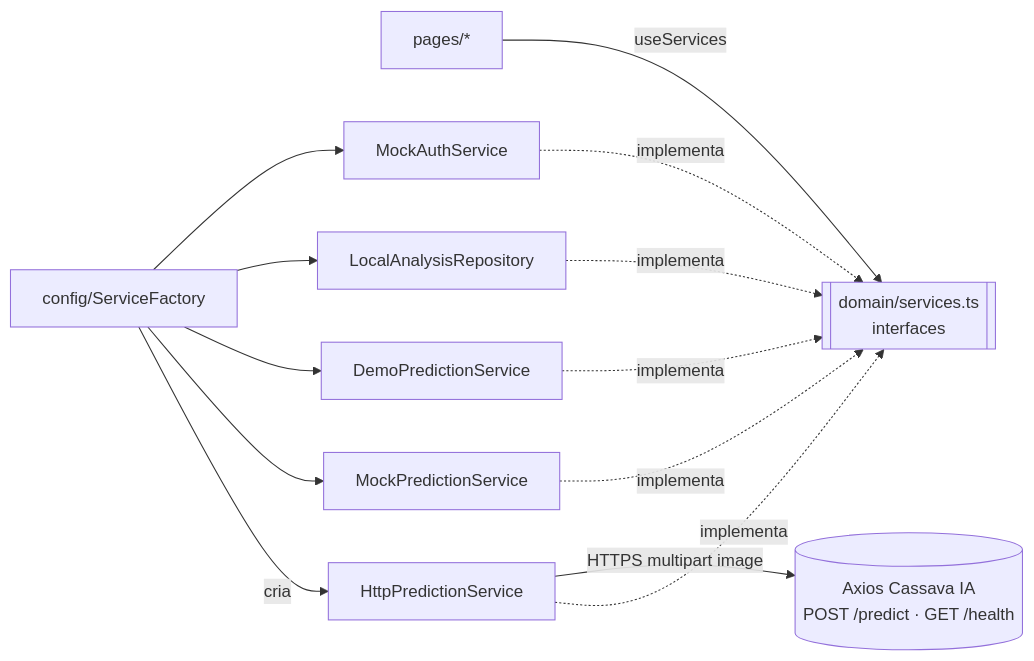
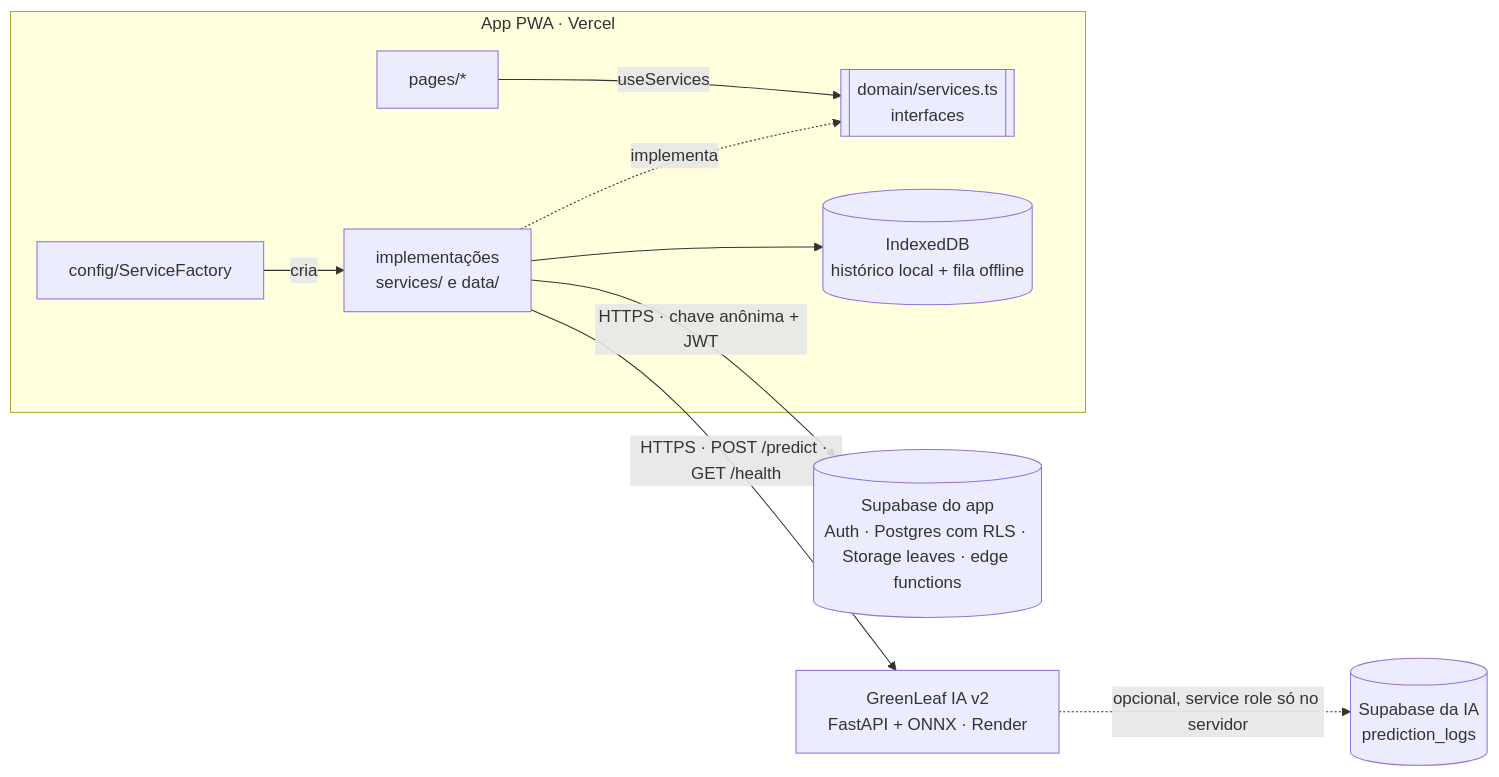
One commit to Yajoojj/Greenleaf-Mobile changed the diagram in README.md. Above: the diagram before and after it, drawn with Mermaid. The commit also changed other lines of this file and 3 other files, not shown here.

Commit message:
docs: back-end Supabase, segurança, decisões D-20 a D-32 e diagrama de banco final

````diff
--- a/README.md
+++ b/README.md
@@ -112,15 +117,13 @@
 ```mermaid
 flowchart LR
-  P[pages/*] -->|useServices| I[[domain/services.ts<br/>interfaces]]
-  F[config/ServiceFactory] -->|cria| H[HttpPredictionService]
-  F --> M[MockPredictionService]
-  F --> D[DemoPredictionService]
-  F --> R[LocalAnalysisRepository]
-  F --> A[MockAuthService]
-  H -. implementa .-> I
-  M -. implementa .-> I
-  D -. implementa .-> I
-  R -. implementa .-> I
-  A -. implementa .-> I
-  H -->|HTTPS multipart image| API[(Axios Cassava IA<br/>POST /predict · GET /health)]
+  subgraph PWA[App PWA · Vercel]
+    P[pages/*] -->|useServices| I[[domain/services.ts<br/>interfaces]]
+    F[config/ServiceFactory] -->|cria| IMPL[implementações<br/>services/ e data/]
+    IMPL -. implementa .-> I
+    IDB[(IndexedDB<br/>histórico local + fila offline)]
+  end
+  IMPL -->|HTTPS · POST /predict · GET /health| IA[GreenLeaf IA v2<br/>FastAPI + ONNX · Render]
+  IMPL -->|HTTPS · chave anônima + JWT| SB[(Supabase do app<br/>Auth · Postgres com RLS · Storage leaves · edge functions)]
+  IMPL --> IDB
+  IA -. opcional, service role só no servidor .-> LOGS[(Supabase da IA<br/>prediction_logs)]
 ```
````
